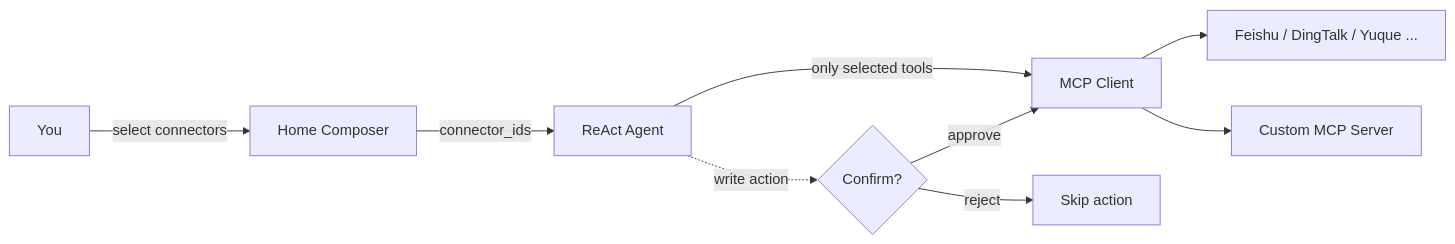
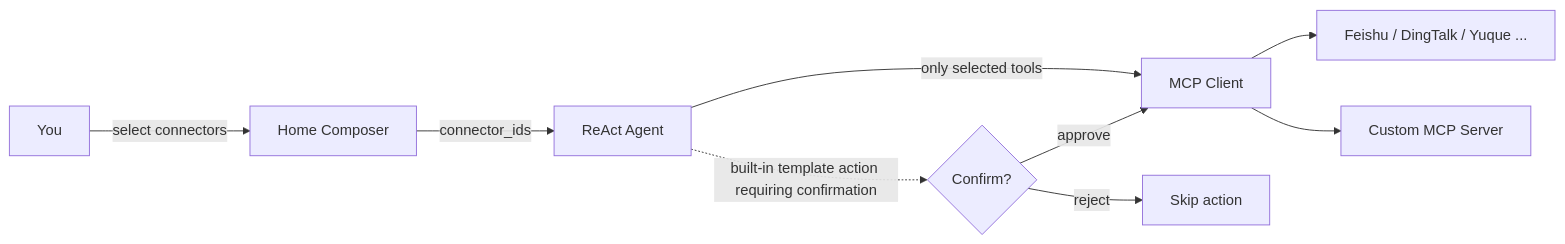
The diagram in docs/docs/application/mcp_connectors.md (eosphoros-ai/DB-GPT), drawn with Mermaid before and after one commit. The commit also changed other lines of this file and 1 other file, not shown here.

Commit message:
docs(mcp): add Baizhi Cloud Browser setup and confirmation notes

````diff
--- a/docs/docs/application/mcp_connectors.md
+++ b/docs/docs/application/mcp_connectors.md
@@ -27,11 +27,11 @@
 ```mermaid
 graph LR
   User[You] -->|select connectors| Composer[Home Composer]
   Composer -->|connector_ids| Agent[ReAct Agent]
   Agent -->|only selected tools| MCPClient[MCP Client]
   MCPClient --> S1[Feishu / DingTalk / Yuque ...]
   MCPClient --> S2[Custom MCP Server]
-  Agent -.write action.-> Confirm{Confirm?}
+  Agent -.built-in template action requiring confirmation.-> Confirm{Confirm?}
   Confirm -->|approve| MCPClient
   Confirm -->|reject| Skip[Skip action]
 ```
````
